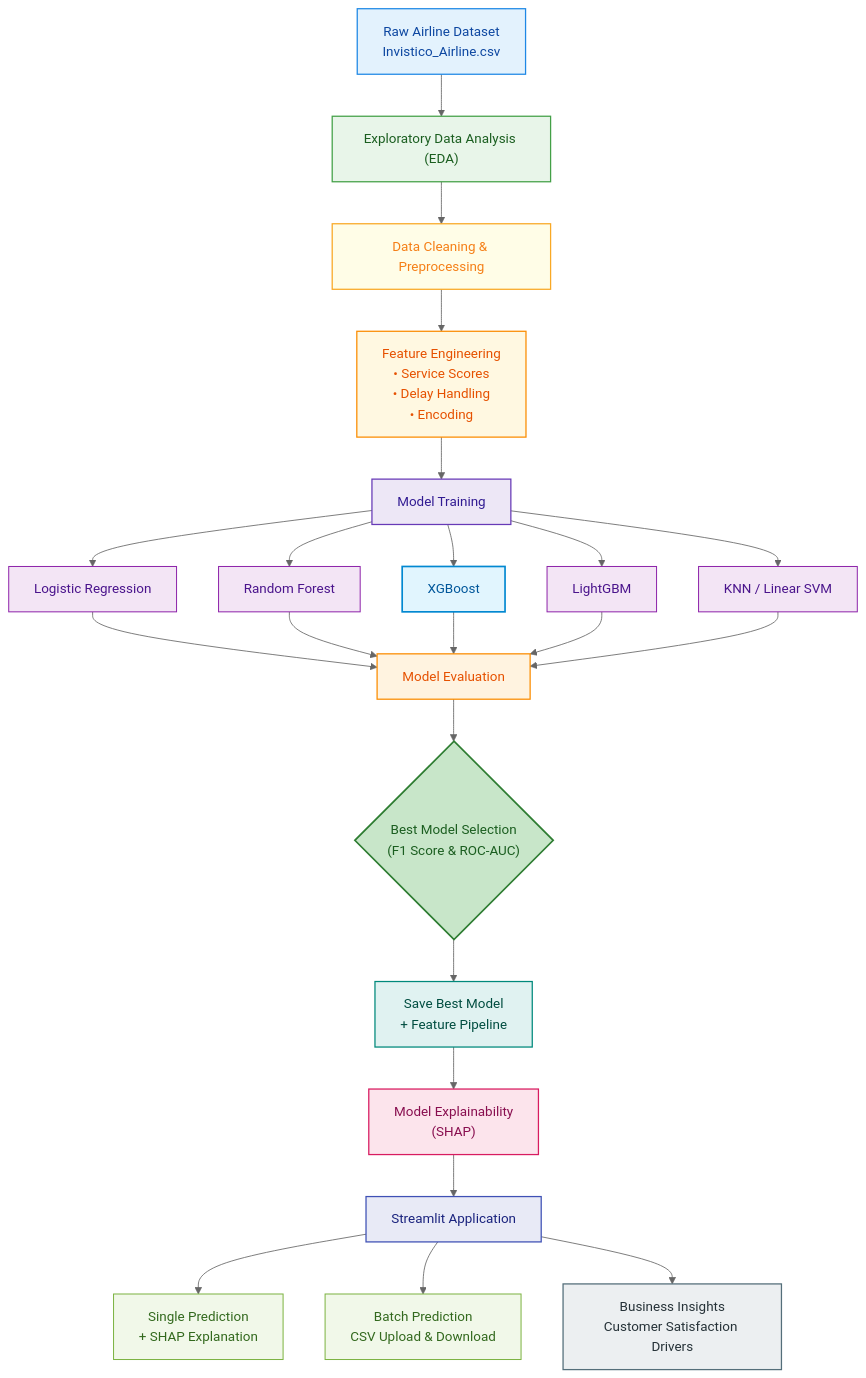
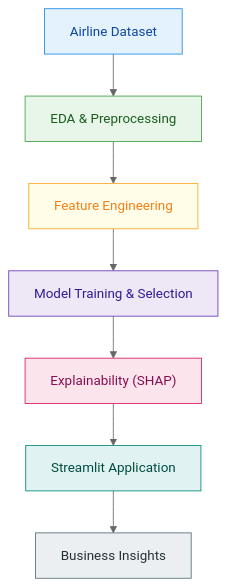
Before and after one commit to VenkateshHJoshi/Airline-Customer-Satisfaction: the diagram in README.md, drawn with Mermaid.

Commit message:
the flowchart is added in reame file

````diff
--- a/README.md
+++ b/README.md
@@ -3,62 +3,28 @@
 ```mermaid
 %%{init: {'theme': 'neutral'}}%%
 flowchart TD
 
-    A["Raw Airline Dataset
-Invistico_Airline.csv"]:::data --> B["Exploratory Data Analysis (EDA)"]:::eda
+    A["Airline Dataset"]:::data
+    B["EDA & Preprocessing"]:::process
+    C["Feature Engineering"]:::feature
+    D["Model Training & Selection"]:::model
+    E["Explainability (SHAP)"]:::explain
+    F["Streamlit Application"]:::deploy
+    G["Business Insights"]:::business
 
-    B --> C["Data Cleaning & Preprocessing"]:::process
-    C --> D["Feature Engineering
-• Service Scores
-• Delay Handling
-• Encoding"]:::feature
+    A --> B
+    B --> C
+    C --> D
+    D --> E
+    E --> F
+    F --> G
 
-    D --> E["Model Training"]:::model
-    E --> E1["Logistic Regression"]:::modelAlt
-    E --> E2["Random Forest"]:::modelAlt
-    E --> E3["XGBoost"]:::modelBest
-    E --> E4["LightGBM"]:::modelAlt
-    E --> E5["KNN / Linear SVM"]:::modelAlt
-
-    E1 --> F["Model Evaluation"]:::eval
-    E2 --> F
-    E3 --> F
-    E4 --> F
-    E5 --> F
-
-    F --> G{"Best Model Selection
-(F1 Score & ROC-AUC)"}:::best
-
-    G --> H["Save Best Model
-+ Feature Pipeline"]:::save
-
-    H --> I["Model Explainability
-(SHAP)"]:::explain
-
-    I --> J["Streamlit Application"]:::deploy
-
-    J --> J1["Single Prediction
-+ SHAP Explanation"]:::app
-    J --> J2["Batch Prediction
-CSV Upload & Download"]:::app
-
-    J --> K["Business Insights
-Customer Satisfaction Drivers"]:::business
-
-
-    %% COLOR STYLES (SOFT + PREMIUM)
-    classDef data fill:#E3F2FD,stroke:#1E88E5,stroke-width:1.5px,color:#0D47A1
-    classDef eda fill:#E8F5E9,stroke:#43A047,stroke-width:1.5px,color:#1B5E20
-    classDef process fill:#FFFDE7,stroke:#F9A825,stroke-width:1.5px,color:#F57F17
-    classDef feature fill:#FFF8E1,stroke:#FB8C00,stroke-width:1.5px,color:#E65100
-    classDef model fill:#EDE7F6,stroke:#673AB7,stroke-width:1.5px,color:#311B92
-    classDef modelAlt fill:#F3E5F5,stroke:#8E24AA,stroke-width:1.2px,color:#4A148C
-    classDef modelBest fill:#E1F5FE,stroke:#0288D1,stroke-width:2px,color:#01579B
-    classDef eval fill:#FFF3E0,stroke:#FB8C00,stroke-width:1.5px,color:#E65100
-    classDef best fill:#C8E6C9,stroke:#2E7D32,stroke-width:2px,color:#1B5E20
-    classDef save fill:#E0F2F1,stroke:#00897B,stroke-width:1.5px,color:#004D40
-    classDef explain fill:#FCE4EC,stroke:#D81B60,stroke-width:1.5px,color:#880E4F
-    classDef deploy fill:#E8EAF6,stroke:#3F51B5,stroke-width:1.5px,color:#1A237E
-    classDef app fill:#F1F8E9,stroke:#7CB342,stroke-width:1.2px,color:#33691E
-    classDef business fill:#ECEFF1,stroke:#546E7A,stroke-width:1.5px,color:#263238
+    %% STYLES (CLEAN & SOFT)
+    classDef data fill:#E3F2FD,stroke:#1E88E5,color:#0D47A1
+    classDef process fill:#E8F5E9,stroke:#43A047,color:#1B5E20
+    classDef feature fill:#FFFDE7,stroke:#F9A825,color:#F57F17
+    classDef model fill:#EDE7F6,stroke:#673AB7,color:#311B92
+    classDef explain fill:#FCE4EC,stroke:#D81B60,color:#880E4F
+    classDef deploy fill:#E0F2F1,stroke:#00897B,color:#004D40
+    classDef business fill:#ECEFF1,stroke:#546E7A,color:#263238
 ```
````
